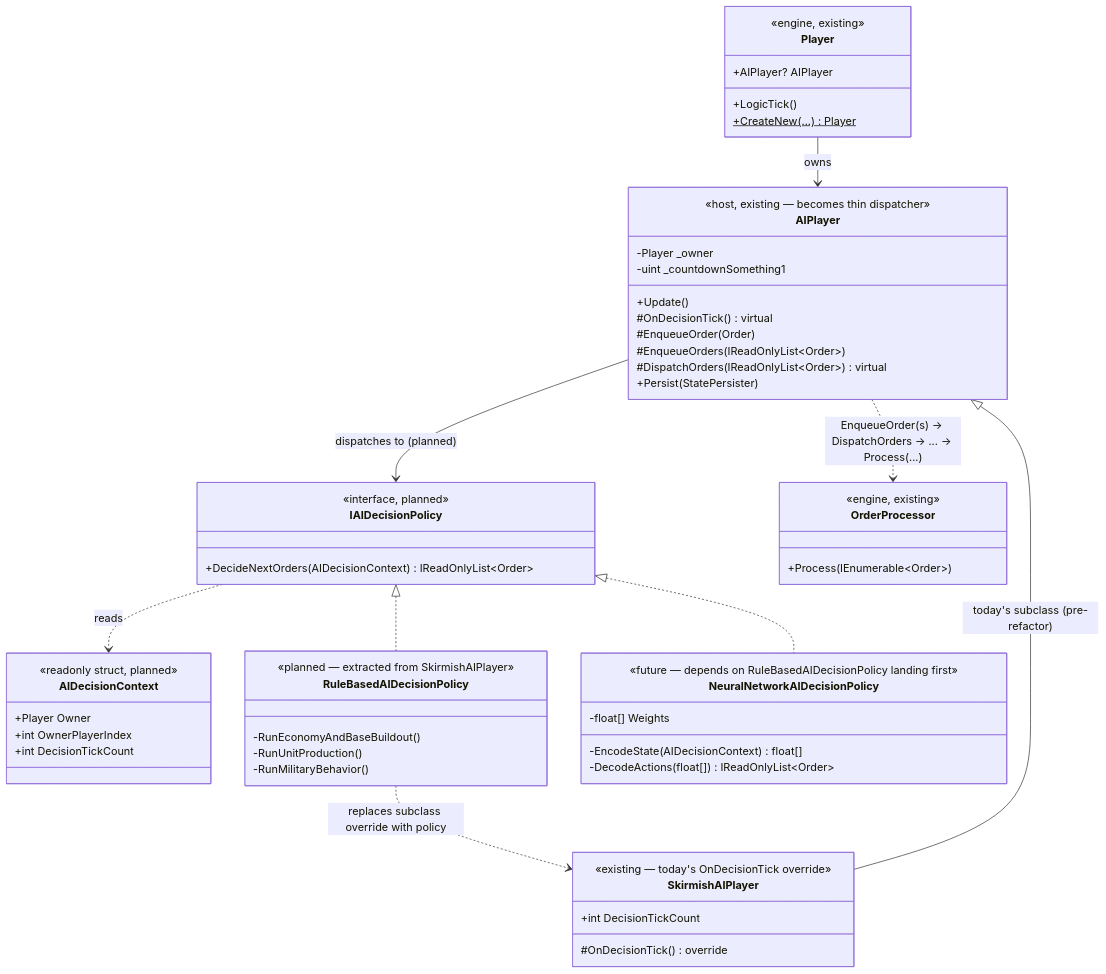
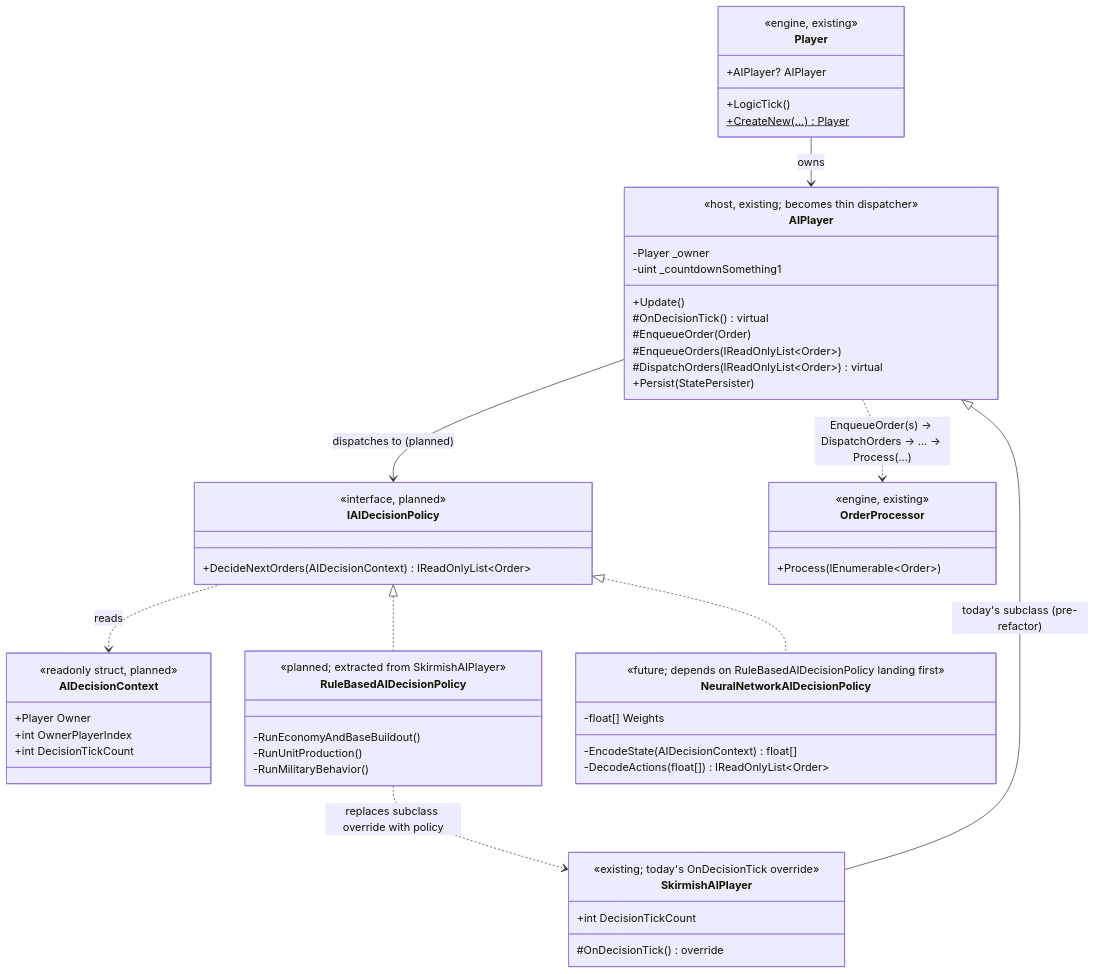
Before and after one commit to rmessinger/Panopticon: the first of 2 diagrams in docs/roadmap/deep-dives/a4-pluggable-ai.md, drawn with Mermaid. The commit also changed other lines of this file and 21 other files, not shown here.

````diff
--- a/docs/roadmap/deep-dives/a4-pluggable-ai.md
+++ b/docs/roadmap/deep-dives/a4-pluggable-ai.md
@@ -187,67 +187,67 @@
 ```mermaid
 classDiagram
   class Player {
     <<engine, existing>>
     +AIPlayer? AIPlayer
     +LogicTick()
     +CreateNew(...)$ Player
   }
 
   class AIPlayer {
-    <<host, existing — becomes thin dispatcher>>
+    <<host, existing; becomes thin dispatcher>>
     -Player _owner
     -uint _countdownSomething1
     +Update()
     #OnDecisionTick() virtual
     #EnqueueOrder(Order)
     #EnqueueOrders(IReadOnlyList~Order~)
     #DispatchOrders(IReadOnlyList~Order~) virtual
     +Persist(StatePersister)
   }
 
   class IAIDecisionPolicy {
     <<interface, planned>>
     +DecideNextOrders(AIDecisionContext) IReadOnlyList~Order~
   }
 
   class AIDecisionContext {
     <<readonly struct, planned>>
     +Player Owner
     +int OwnerPlayerIndex
     +int DecisionTickCount
   }
 
   class RuleBasedAIDecisionPolicy {
-    <<planned — extracted from SkirmishAIPlayer>>
+    <<planned; extracted from SkirmishAIPlayer>>
     -RunEconomyAndBaseBuildout()
     -RunUnitProduction()
     -RunMilitaryBehavior()
   }
 
   class SkirmishAIPlayer {
-    <<existing — today's OnDecisionTick override>>
+    <<existing; today's OnDecisionTick override>>
     +int DecisionTickCount
     #OnDecisionTick() override
   }
 
   class NeuralNetworkAIDecisionPolicy {
-    <<future — depends on RuleBasedAIDecisionPolicy landing first>>
+    <<future; depends on RuleBasedAIDecisionPolicy landing first>>
     -float[] Weights
     -EncodeState(AIDecisionContext) float[]
     -DecodeActions(float[]) IReadOnlyList~Order~
   }
 
   class OrderProcessor {
     <<engine, existing>>
     +Process(IEnumerable~Order~)
   }
 
   Player --> AIPlayer : owns
   AIPlayer --> IAIDecisionPolicy : dispatches to (planned)
   IAIDecisionPolicy <|.. RuleBasedAIDecisionPolicy
   IAIDecisionPolicy <|.. NeuralNetworkAIDecisionPolicy
   IAIDecisionPolicy ..> AIDecisionContext : reads
   SkirmishAIPlayer --|> AIPlayer : today's subclass (pre-refactor)
   RuleBasedAIDecisionPolicy ..> SkirmishAIPlayer : replaces subclass override with policy
   AIPlayer ..> OrderProcessor : EnqueueOrder(s) -> DispatchOrders -> ... -> Process(...)
 ```
````
